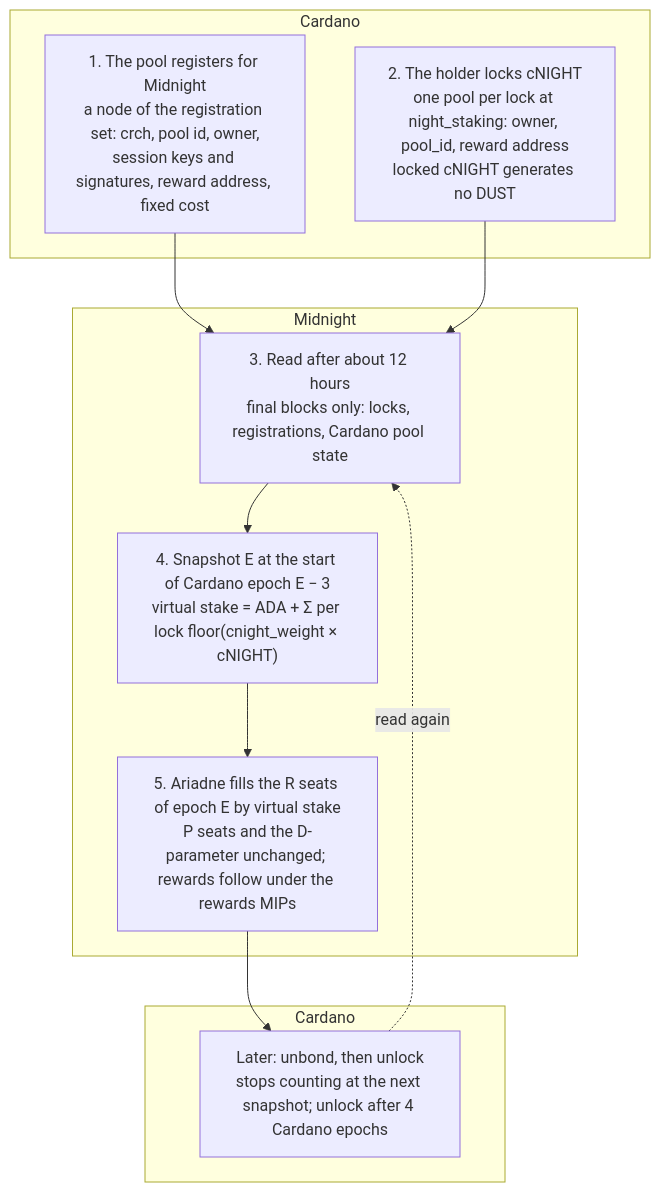
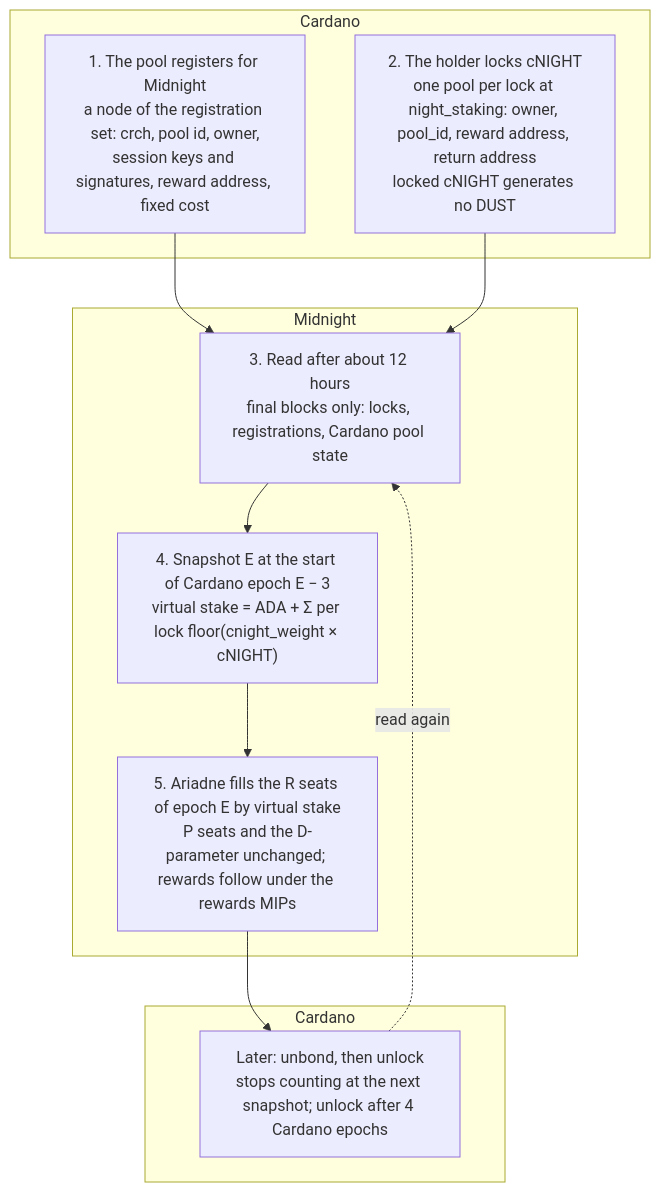
One commit to midnightntwrk/midnight-improvement-proposals changed the diagram in mips/mip-xxxx-night-staking-on-cardano.md. Above: the diagram before and after it, drawn with Mermaid. The commit also changed other lines of this file, not shown here.

Commit message:
MIP-xxxx: Add a notion of 'return_address', Cardano observation operational bounds

````diff
--- a/mips/mip-xxxx-night-staking-on-cardano.md
+++ b/mips/mip-xxxx-night-staking-on-cardano.md
@@ -231,19 +237,19 @@
 ```mermaid
 flowchart TB
     subgraph C1[Cardano]
         P["1. The pool registers for Midnight<br/>a node of the registration set: crch, pool id, owner,<br/>session keys and signatures, reward address, fixed cost"]
-        L["2. The holder locks cNIGHT<br/>one pool per lock at night_staking: owner, pool_id, reward address<br/>locked cNIGHT generates no DUST"]
+        L["2. The holder locks cNIGHT<br/>one pool per lock at night_staking: owner, pool_id, reward address, return address<br/>locked cNIGHT generates no DUST"]
     end
     subgraph M[Midnight]
         O["3. Read after about 12 hours<br/>final blocks only: locks, registrations, Cardano pool state"]
         S["4. Snapshot E at the start of Cardano epoch E − 3<br/>virtual stake = ADA + Σ per lock floor(cnight_weight × cNIGHT)"]
         A["5. Ariadne fills the R seats of epoch E by virtual stake<br/>P seats and the D-parameter unchanged; rewards follow under the rewards MIPs"]
     end
     subgraph C2[Cardano]
         U["Later: unbond, then unlock<br/>stops counting at the next snapshot; unlock after 4 Cardano epochs"]
     end
     P --> O
     L --> O
     O --> S --> A --> U
     U -. read again .-> O
 ```
````
